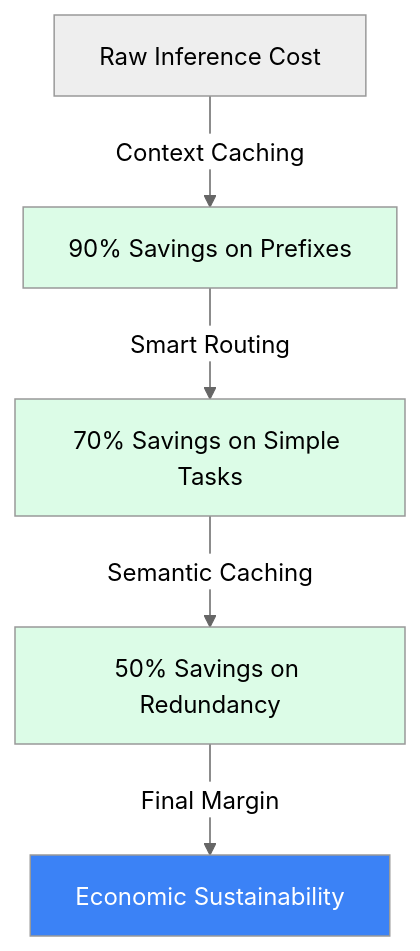
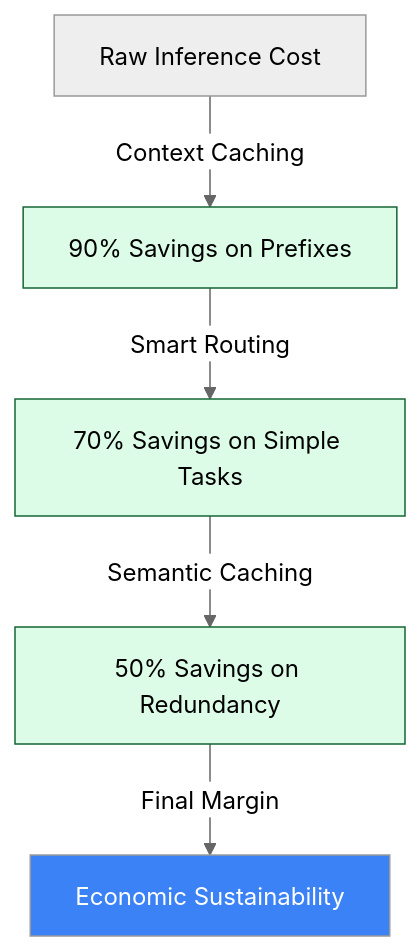
One commit to enriquekalven/agent-cockpit changed the diagram in public/TECHNICAL_FINOPS_GUIDE.md. Above: the diagram before and after it, drawn with Mermaid (neutral theme). The commit also changed other lines of this file and 138 other files, not shown here.

````diff
--- a/public/TECHNICAL_FINOPS_GUIDE.md
+++ b/public/TECHNICAL_FINOPS_GUIDE.md
@@ -102,11 +102,11 @@
 ```mermaid
 graph TD
     Raw[Raw Inference Cost] -->|Context Caching| C1[90% Savings on Prefixes]
     C1 -->|Smart Routing| C2[70% Savings on Simple Tasks]
     C2 -->|Semantic Caching| C3[50% Savings on Redundancy]
     C3 -->|Final Margin| Profit[Economic Sustainability]
-    style C1 fill:#dcfce7,stroke:#1.8.44
-    style C2 fill:#dcfce7,stroke:#1.8.44
-    style C3 fill:#dcfce7,stroke:#1.8.44
+    style C1 fill:#dcfce7,stroke:#166534
+    style C2 fill:#dcfce7,stroke:#166534
+    style C3 fill:#dcfce7,stroke:#166534
     style Profit border:double,fill:#3b82f6,color:#fff
 ```
````
